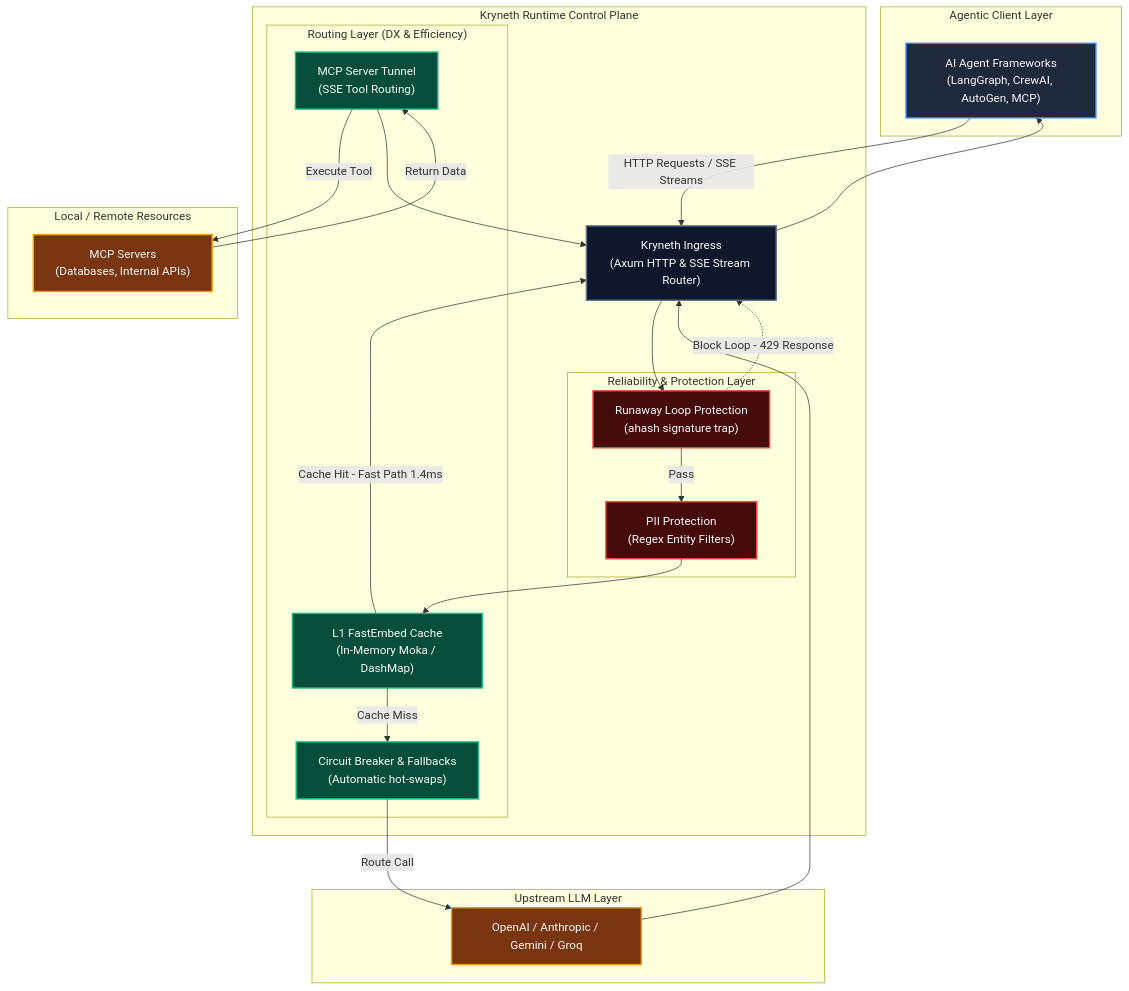
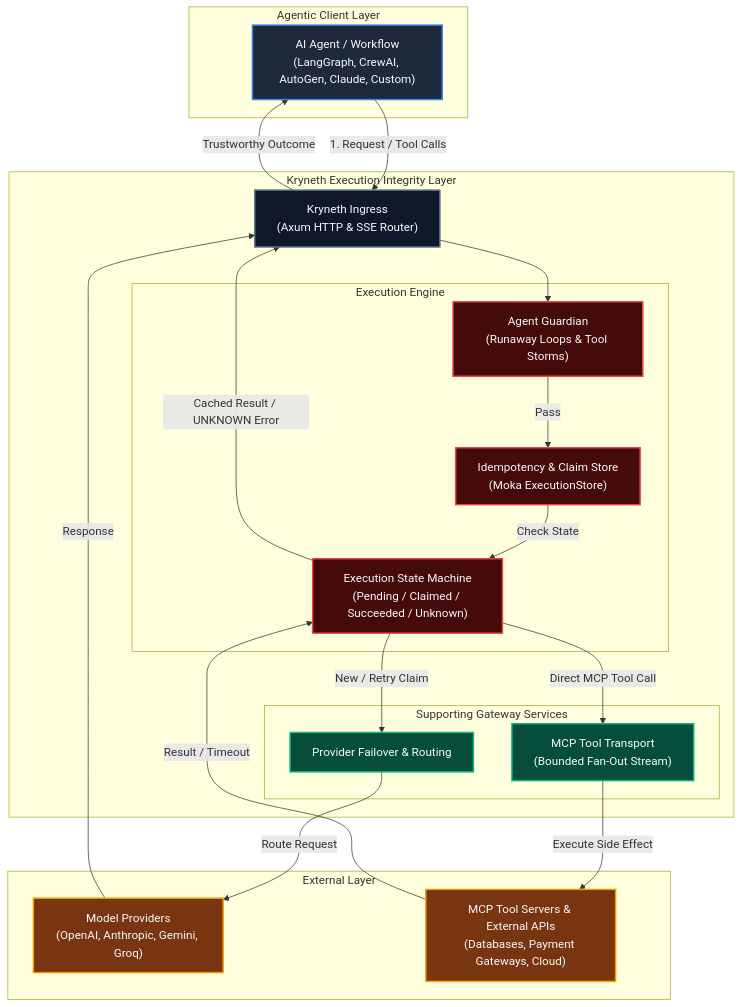
One commit to kryneth-admin/kryneth-oss changed the diagram in README.md. Above: the diagram before and after it, drawn with Mermaid. The commit also changed other lines of this file, not shown here.

Commit message:
docs: rewrite README around execution-integrity architecture

````diff
--- a/README.md
+++ b/README.md
@@ -120,56 +300,47 @@
 ```mermaid
 graph TD
-    %% Custom styling definition
     classDef framework fill:#1E293B,stroke:#3B82F6,stroke-width:2px,color:#F8FAFC
     classDef ingress fill:#0F172A,stroke:#64748B,stroke-width:2px,color:#F8FAFC
-    classDef security fill:#450A0A,stroke:#EF4444,stroke-width:2px,color:#F8FAFC
+    classDef execution fill:#450A0A,stroke:#EF4444,stroke-width:2px,color:#F8FAFC
     classDef routing fill:#064E3B,stroke:#10B981,stroke-width:2px,color:#F8FAFC
     classDef upstream fill:#78350F,stroke:#F59E0B,stroke-width:2px,color:#F8FAFC
-    
+
     subgraph ClientLayer ["Agentic Client Layer"]
-        Agent["AI Agent Frameworks<br>(LangGraph, CrewAI, AutoGen, MCP)"]:::framework
+        Agent["AI Agent / Workflow<br>(LangGraph, CrewAI, AutoGen, Claude, Custom)"]:::framework
     end
-    
-    subgraph Firewall ["Kryneth Runtime Control Plane"]
-        Ingress["Kryneth Ingress<br/>(Axum HTTP & SSE Stream Router)"]:::ingress
-        
-        subgraph Guardian ["Reliability & Protection Layer"]
-            LoopTrap["Runaway Loop Protection<br/>(ahash signature trap)"]:::security
-            PII["PII Protection<br/>(Regex Entity Filters)"]:::security
+
+    subgraph Firewall ["Kryneth Execution Integrity Layer"]
+        Ingress["Kryneth Ingress<br/>(Axum HTTP & SSE Router)"]:::ingress
+
+        subgraph ExecEngine ["Execution Engine"]
+            Idempotency["Idempotency & Claim Store<br/>(Moka ExecutionStore)"]:::execution
+            Guardian["Agent Guardian<br/>(Runaway Loops & Tool Storms)"]:::execution
+            StateEngine["Execution State Machine<br/>(Pending / Claimed / Succeeded / Unknown)"]:::execution
         end
-        
-        subgraph RouteLayer ["Routing Layer (DX & Efficiency)"]
-            L1Cache["L1 FastEmbed Cache<br/>(In-Memory Moka / DashMap)"]:::routing
-            CircuitBreaker["Circuit Breaker & Fallbacks<br/>(Automatic hot-swaps)"]:::routing
-            MCPTunnel["MCP Server Tunnel<br/>(SSE Tool Routing)"]:::routing
+
+        subgraph RouteLayer ["Supporting Gateway Services"]
+            CircuitBreaker["Provider Failover & Routing"]:::routing
+            MCPTransport["MCP Tool Transport<br/>(Bounded Fan-Out Stream)"]:::routing
         end
     end
-    
-    subgraph Providers ["Upstream LLM Layer"]
-        OpenAI["OpenAI / Anthropic / Gemini / Groq"]:::upstream
+
+    subgraph Upstream ["External Layer"]
+        LLMs["Model Providers<br>(OpenAI, Anthropic, Gemini, Groq)"]:::upstream
+        MCPServers["MCP Tool Servers & External APIs<br>(Databases, Payment Gateways, Cloud)"]:::upstream
     end
 
-    subgraph External ["Local / Remote Resources"]
-        MCPServer["MCP Servers<br/>(Databases, Internal APIs)"]:::upstream
-    end
+    Agent -->|1. Request / Tool Calls| Ingress
+    Ingress --> Guardian
+    Guardian -->|Pass| Idempotency
+    Idempotency -->|Check State| StateEngine
+    StateEngine -->|New / Retry Claim| CircuitBreaker
+    StateEngine -->|Direct MCP Tool Call| MCPTransport
 
-    %% Flow connections
-    Agent -->|HTTP Requests / SSE Streams| Ingress
-    Ingress --> LoopTrap
-    LoopTrap -->|Pass| PII
-    PII --> L1Cache
-    
-    L1Cache -->|Cache Miss| CircuitBreaker
-    CircuitBreaker -->|Route Call| OpenAI
-    MCPTunnel -->|Execute Tool| MCPServer
-    MCPServer -->|Return Data| MCPTunnel
-    
-    %% Fast responses
-    L1Cache -->|Cache Hit - Fast Path 1.4ms| Ingress
-    LoopTrap -.->|Block Loop - 429 Response| Ingress
-    
-    %% Output
-    OpenAI --> Ingress
-    MCPTunnel --> Ingress
-    Ingress --> Agent
+    CircuitBreaker -->|Route Request| LLMs
+    MCPTransport -->|Execute Side Effect| MCPServers
+
+    MCPServers -->|Result / Timeout| StateEngine
+    LLMs -->|Response| Ingress
+    StateEngine -->|Cached Result / UNKNOWN Error| Ingress
+    Ingress -->|Trustworthy Outcome| Agent
 ```
````
